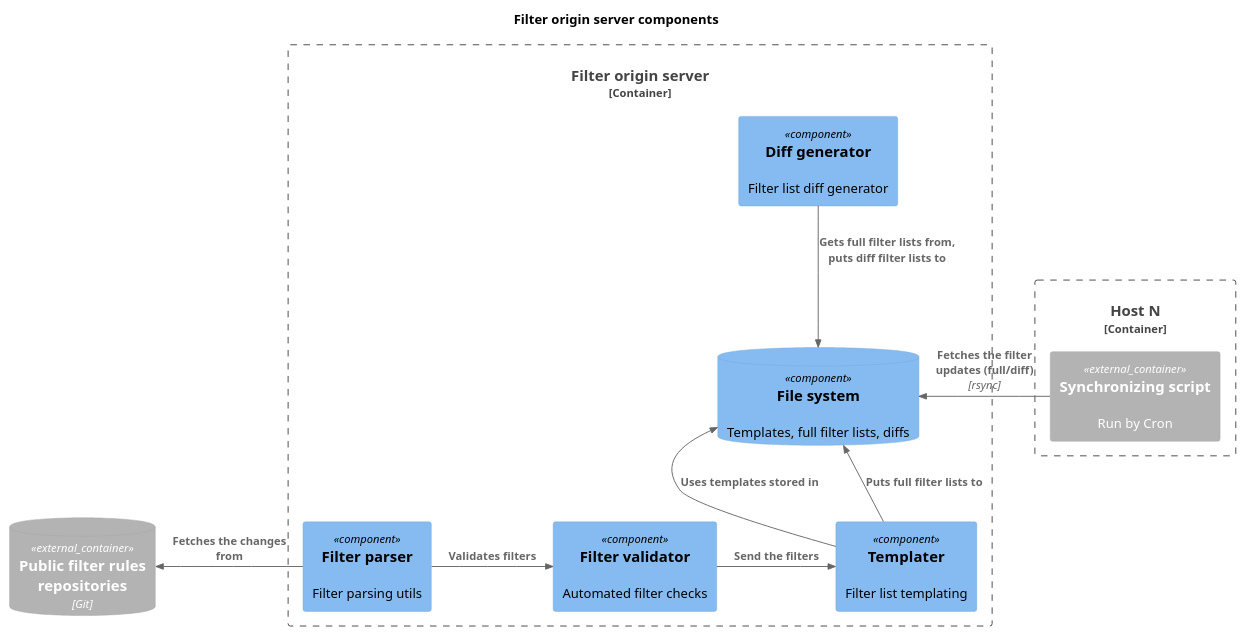
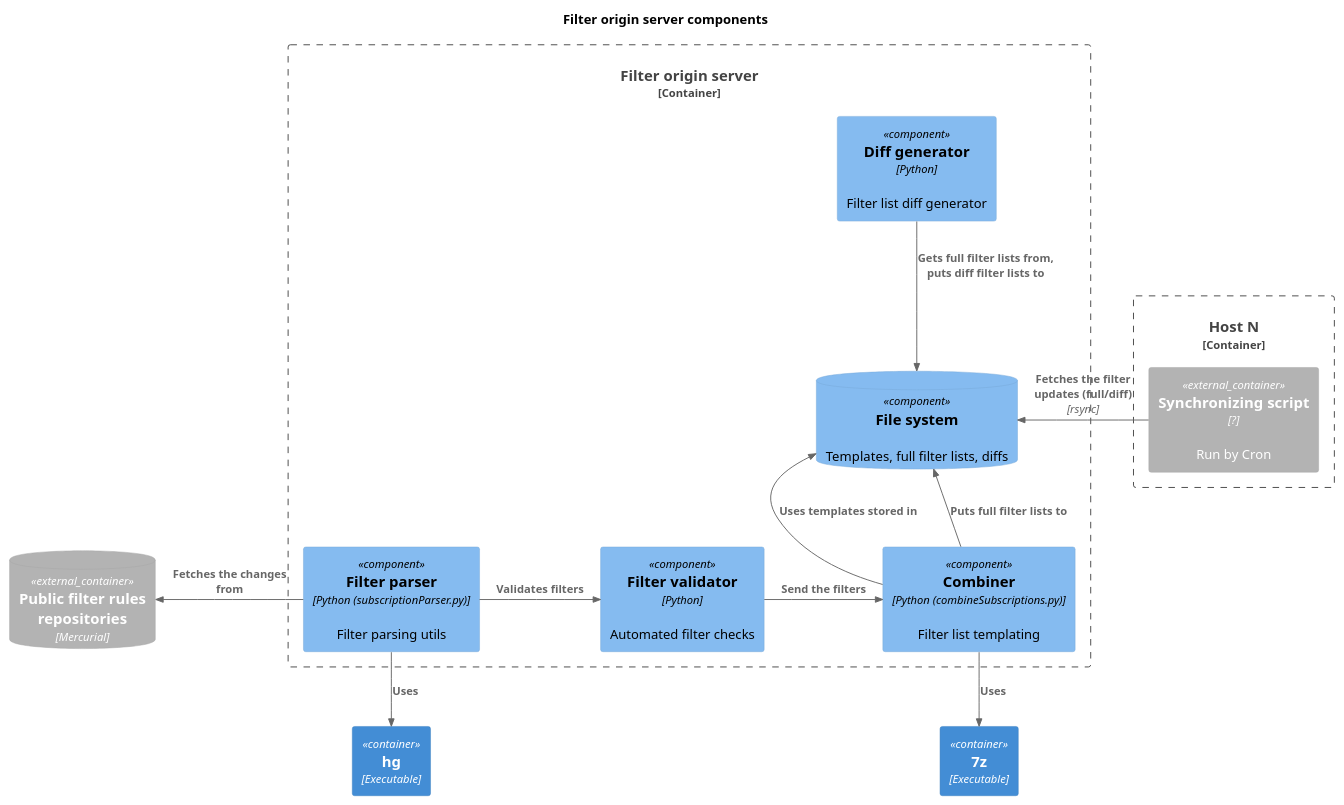
Before and after one commit to 4ntoine/mv3_spec_c4: the diagram in components_filter_origin.puml, drawn with PlantUML. The commit also changed 1 other file, not shown here.

Commit message:
More details for filter origin diagram.

```diff
--- a/components_filter_origin.puml
+++ b/components_filter_origin.puml
@@ -1,32 +1,37 @@
 @startuml
 !include https://raw.githubusercontent.com/plantuml-stdlib/C4-PlantUML/master/C4_Container.puml
 !include https://raw.githubusercontent.com/plantuml-stdlib/C4-PlantUML/master/C4_Component.puml
 
 title Filter origin server components
 
 ' container itself
 Container_Boundary(webext, "Filter origin server") {
   ' core  
-  Component(parser, "Filter parser", "", "Filter parsing utils")
-  Component(validator, "Filter validator", "", "Automated filter checks")
+  Component(parser, "Filter parser", "Python (subscriptionParser.py)", "Filter parsing utils")
+  Component(validator, "Filter validator", "Python", "Automated filter checks")
   ComponentDb(fileSystem, "File system", "", "Templates, full filter lists, diffs")
-  Component(templater, "Templater", "", "Filter list templating")
-  Component(diffGenerator, "Diff generator", "", "Filter list diff generator")
+  Component(combiner, "Combiner", "Python (combineSubscriptions.py)", "Filter list templating")
+  Component(diffGenerator, "Diff generator", "Python", "Filter list diff generator")
 }
 
+Container(compressor, "7z", "Executable")
+Container(cvs, "hg", "Executable")
+
 Container_Boundary(host, "Host N") {
-  Container_Ext(syncScript, "Synchronizing script", "", "Run by Cron")
+  Container_Ext(syncScript, "Synchronizing script", "?", "Run by Cron")
 }
 
 ' external container
-ContainerDb_Ext(repo, "Public filter rules repositories", "Git")
+ContainerDb_Ext(repo, "Public filter rules repositories", "Mercurial")
 
 ' relations
+Rel_D(parser, cvs, "Uses")
 Rel_L(parser, repo, "Fetches the changes from")
 Rel_R(parser, validator, "Validates filters")
-Rel_R(validator, templater, "Send the filters")
-Rel_U(templater, fileSystem, "Uses templates stored in")
-Rel_U(templater, fileSystem, "Puts full filter lists to")
+Rel_R(validator, combiner, "Send the filters")
+Rel_U(combiner, fileSystem, "Uses templates stored in")
+Rel_D(combiner, compressor, "Uses")
+Rel_U(combiner, fileSystem, "Puts full filter lists to")
 Rel_D(diffGenerator, fileSystem, "Gets full filter lists from, puts diff filter lists to")
 Rel_L(syncScript, fileSystem, "Fetches the filter updates (full/diff)", "rsync")
 @enduml
```
